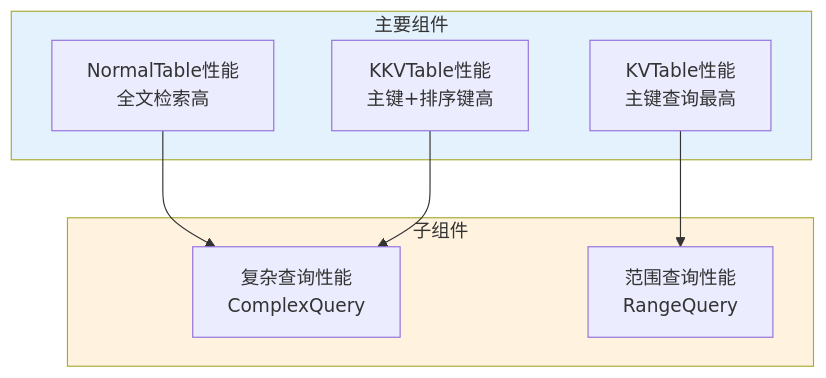
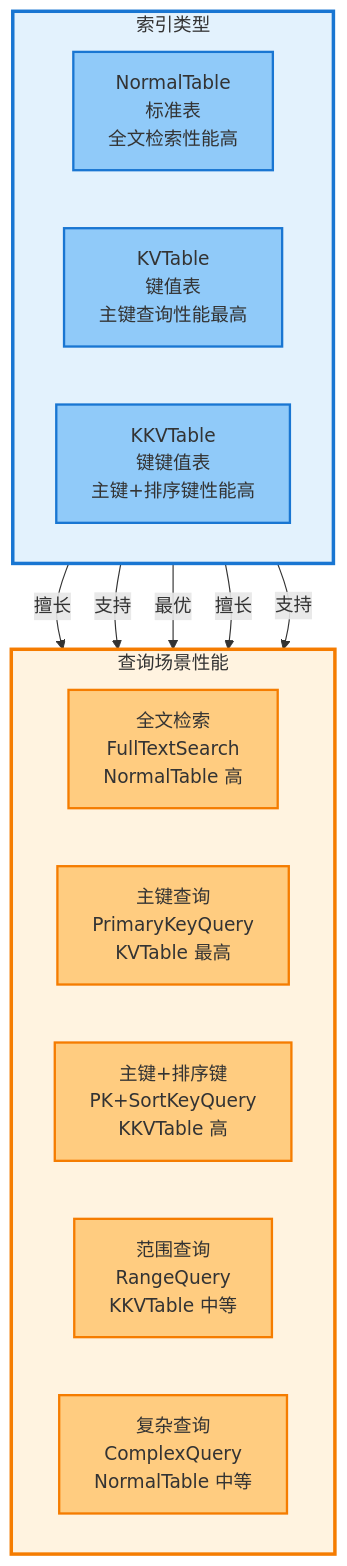
Diagram 21 of 28 in _posts/2025-07-14-indexlib-8-index-types.md (zhouzhilong-commits/zhouzhilong-commits.github.io), drawn with Mermaid before and after one commit. The commit also changed other lines of this file and 6 other files, not shown here.

````diff
--- a/_posts/2025-07-14-indexlib-8-index-types.md
+++ b/_posts/2025-07-14-indexlib-8-index-types.md
@@ -885,20 +1057,35 @@
 ```mermaid
-flowchart TD
-    subgraph Main["主要组件"]
-        A["NormalTable性能<br/>全文检索高"]
-        B["KVTable性能<br/>主键查询最高"]
-        C["KKVTable性能<br/>主键+排序键高"]
+flowchart TB
+    subgraph Type["索引类型"]
+        direction LR
+        A["NormalTable<br/>标准表<br/>全文检索性能高"]
+        B["KVTable<br/>键值表<br/>主键查询性能最高"]
+        C["KKVTable<br/>键键值表<br/>主键+排序键性能高"]
     end
     
-    subgraph Sub["子组件"]
-        D["复杂查询性能<br/>ComplexQuery"]
-        E["范围查询性能<br/>RangeQuery"]
+    subgraph Query["查询场景性能"]
+        direction LR
+        D["全文检索<br/>FullTextSearch<br/>NormalTable 高"]
+        E["主键查询<br/>PrimaryKeyQuery<br/>KVTable 最高"]
+        F["主键+排序键<br/>PK+SortKeyQuery<br/>KKVTable 高"]
+        G["范围查询<br/>RangeQuery<br/>KKVTable 中等"]
+        H["复杂查询<br/>ComplexQuery<br/>NormalTable 中等"]
     end
     
-    A --> D
-    B --> E
-    C --> D
+    A -->|擅长| D
+    A -->|支持| H
+    B -->|最优| E
+    C -->|擅长| F
+    C -->|支持| G
     
-    style Main fill:#e3f2fd
-    style Sub fill:#fff3e0
+    style Type fill:#e3f2fd,stroke:#1976d2,stroke-width:3px
+    style Query fill:#fff3e0,stroke:#f57c00,stroke-width:3px
+    style A fill:#90caf9,stroke:#1976d2,stroke-width:2px
+    style B fill:#90caf9,stroke:#1976d2,stroke-width:2px
+    style C fill:#90caf9,stroke:#1976d2,stroke-width:2px
+    style D fill:#ffcc80,stroke:#f57c00,stroke-width:2px
+    style E fill:#ffcc80,stroke:#f57c00,stroke-width:2px
+    style F fill:#ffcc80,stroke:#f57c00,stroke-width:2px
+    style G fill:#ffcc80,stroke:#f57c00,stroke-width:2px
+    style H fill:#ffcc80,stroke:#f57c00,stroke-width:2px
 ```
````
